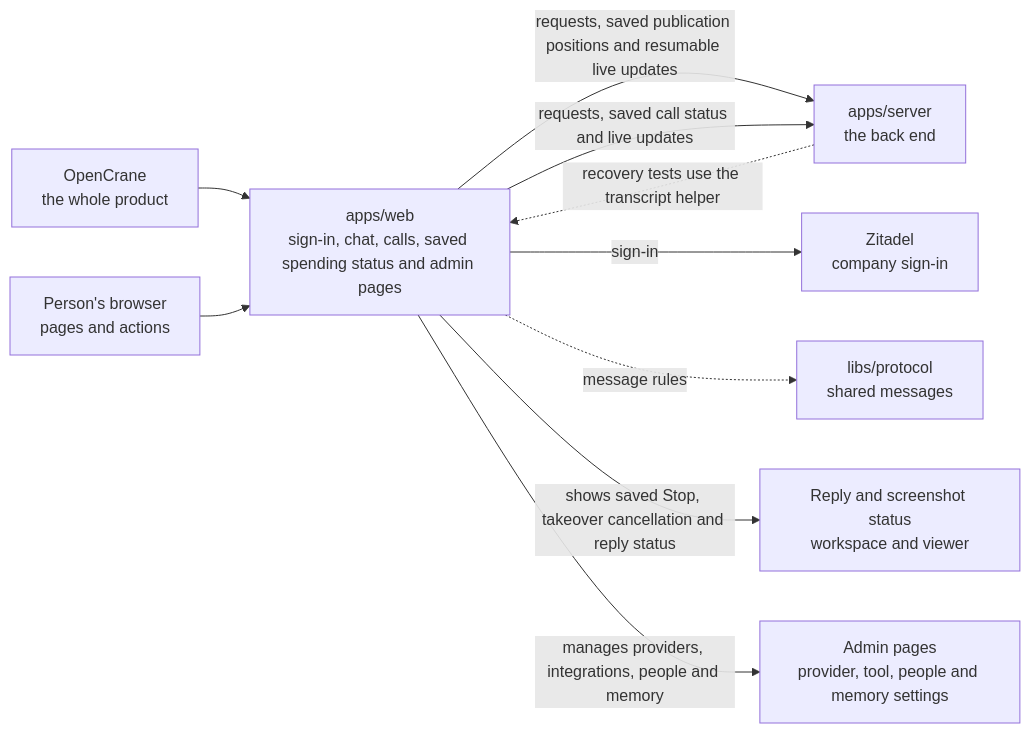
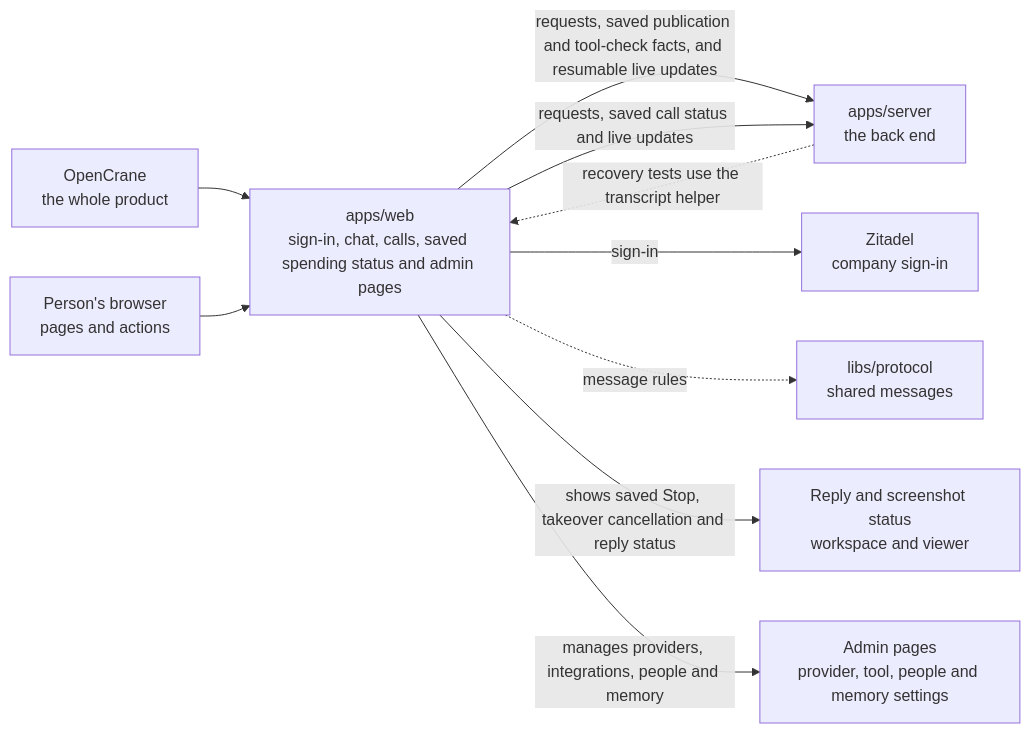
Before and after one commit to elewa-git/opencrane-new: the diagram in apps/web/README.md, drawn with Mermaid. The commit also changed other lines of this file and 16 other files, not shown here.

Commit message:
🛠️ Keep reviewed tool publication through catalogue recovery

````diff
--- a/apps/web/README.md
+++ b/apps/web/README.md
@@ -16,12 +16,12 @@
 ```mermaid
 flowchart LR
   system["OpenCrane<br/>the whole product"] --> web["apps/web<br/>the website"]
   browser["Person's browser<br/>pages and actions"] --> web
-  web -->|requests, saved publication positions and resumable live updates| server["apps/server<br/>the back end"]
+  web -->|requests, saved publication and tool-check facts, and resumable live updates| server["apps/server<br/>the back end"]
   server -.->|recovery tests use the transcript helper| web
   web["apps/web<br/>sign-in, chat, calls, saved spending status and admin pages"] -->|requests, saved call status and live updates| server["apps/server<br/>the back end"]
   web -->|sign-in| zitadel["Zitadel<br/>company sign-in"]
   web -.->|message rules| protocol["libs/protocol<br/>shared messages"]
   web -->|shows saved Stop, takeover cancellation and reply status| capture["Reply and screenshot status<br/>workspace and viewer"]
   web -->|manages providers, integrations, people and memory| admin["Admin pages<br/>provider, tool, people and memory settings"]
 ```
````
